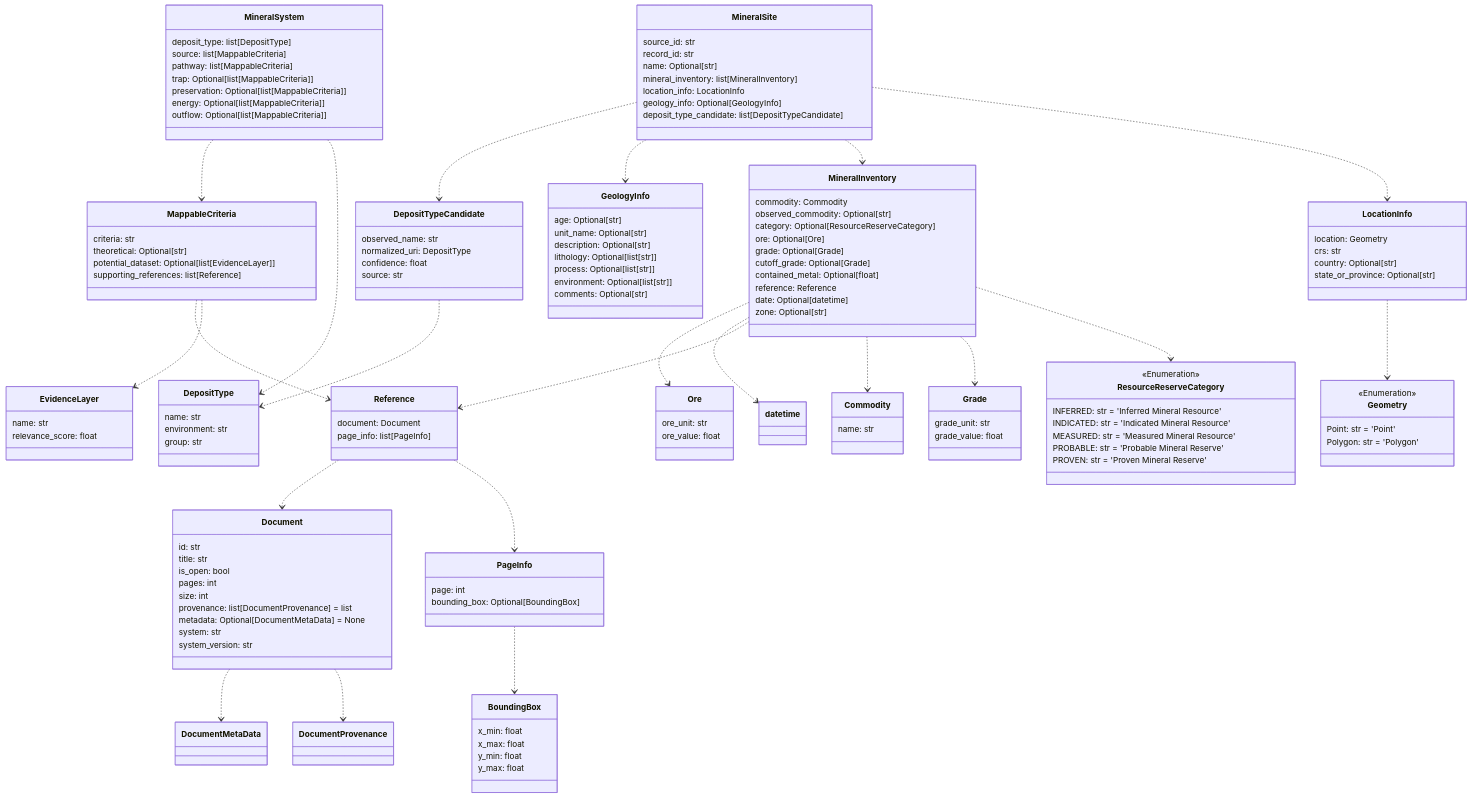
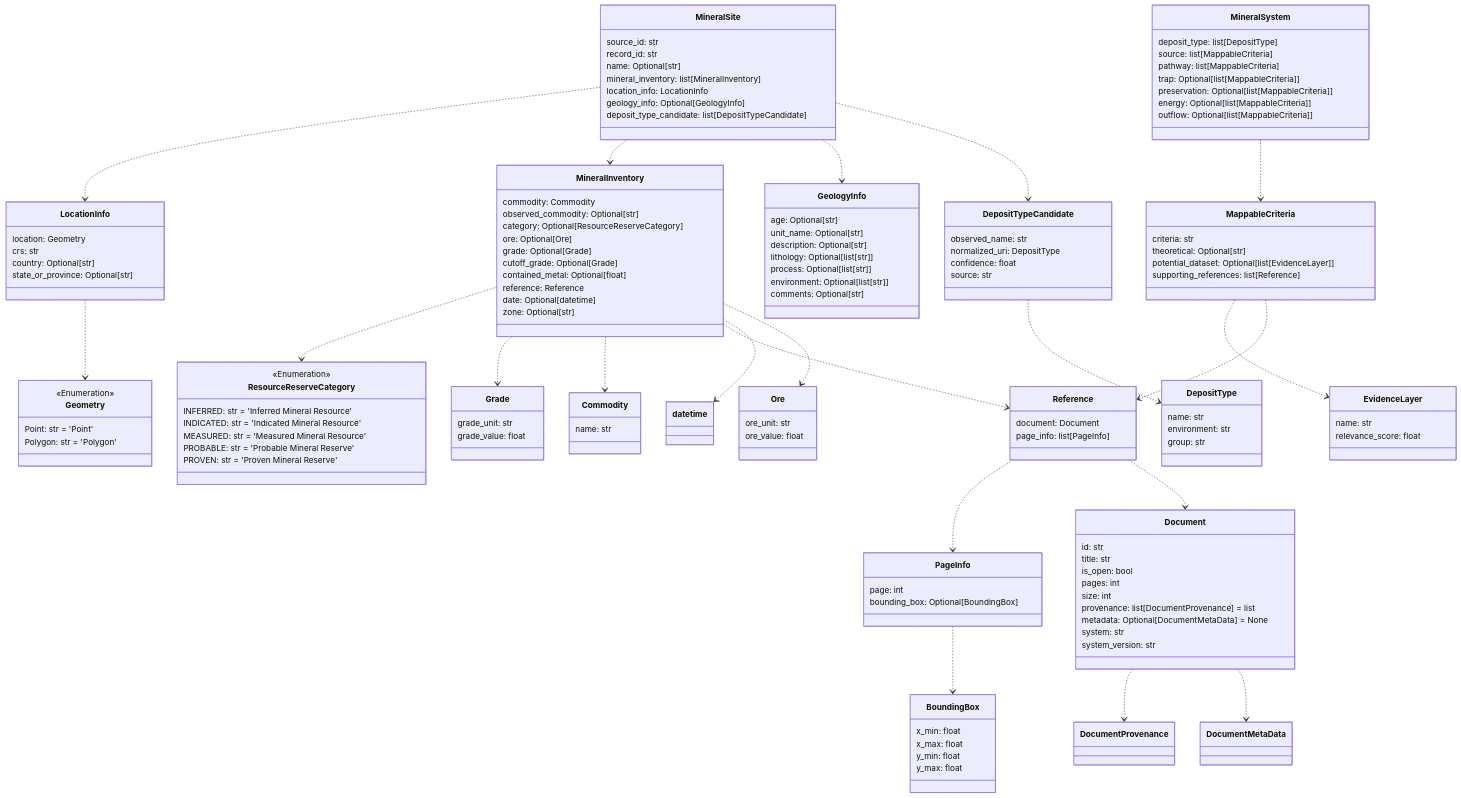
The tenth of 12 diagrams in README.md (DARPA-CRITICALMAAS/cdr_schemas), drawn with Mermaid before and after one commit. The commit also changed other lines of this file and 2 other files, not shown here.

```diff
--- a/README.md
+++ b/README.md
@@ -878,7 +916,6 @@
     Reference ..> Document
     MappableCriteria ..> EvidenceLayer
     MappableCriteria ..> Reference
-    MineralSystem ..> DepositType
     MineralSystem ..> MappableCriteria
     MineralInventory ..> ResourceReserveCategory
     MineralInventory ..> Grade
```
